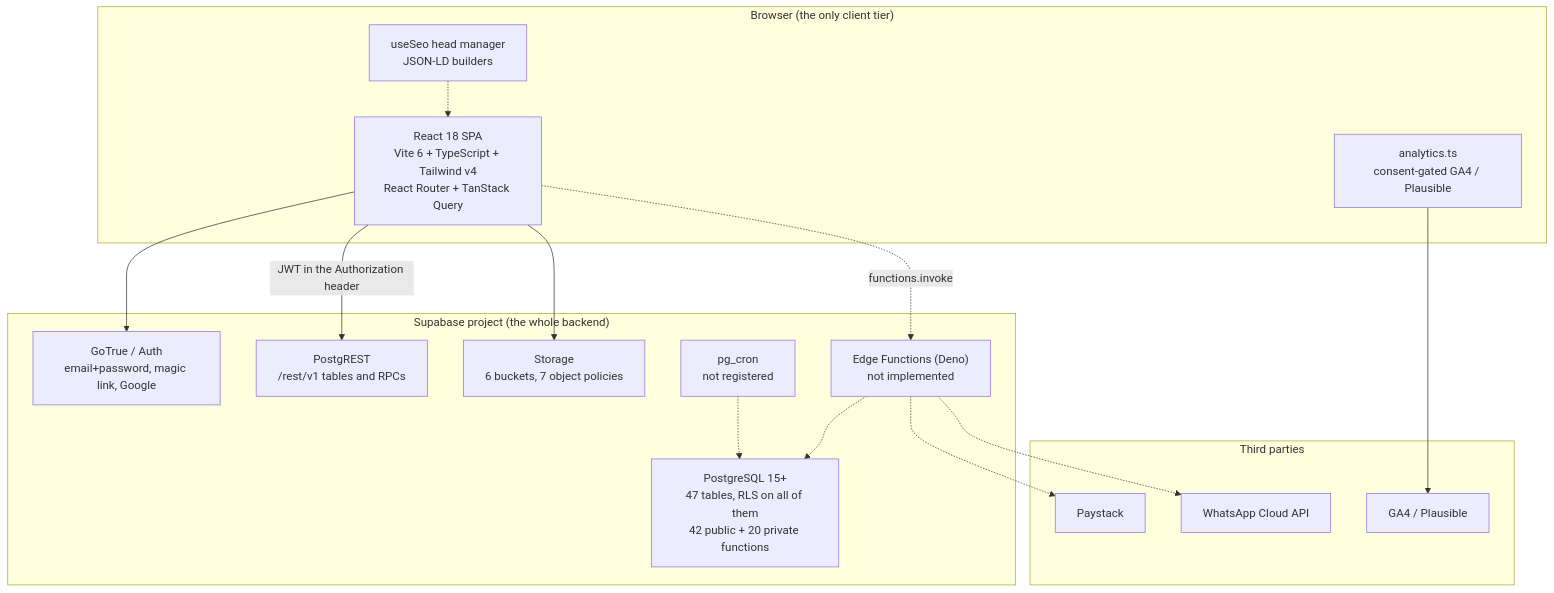
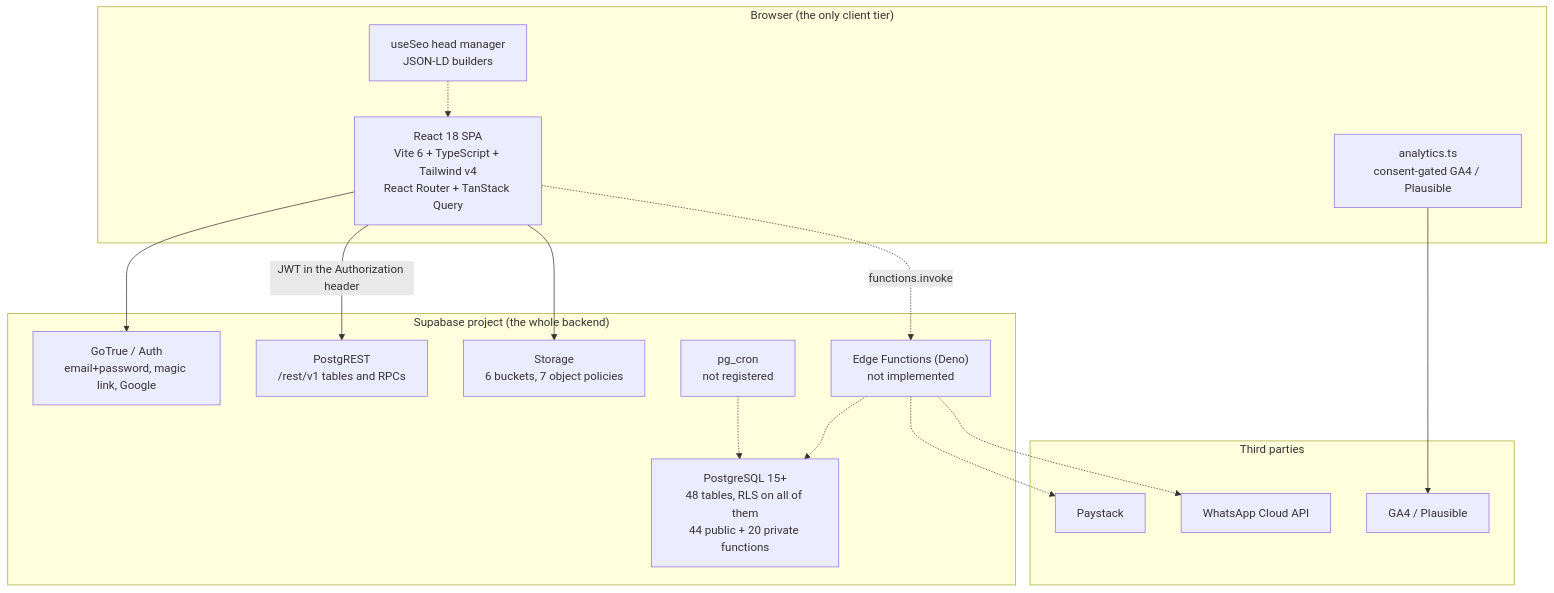
Before and after one commit to jahseed89/unisex: the second of 4 diagrams in docs/01-system-architecture.md, drawn with Mermaid. The commit also changed other lines of this file and 38 other files, not shown here.

````diff
--- a/docs/01-system-architecture.md
+++ b/docs/01-system-architecture.md
@@ -44,34 +44,34 @@
 ```mermaid
 flowchart TB
   subgraph Browser["Browser (the only client tier)"]
     SPA["React 18 SPA<br/>Vite 6 + TypeScript + Tailwind v4<br/>React Router + TanStack Query"]
     Head["useSeo head manager<br/>JSON-LD builders"]
     QA["analytics.ts<br/>consent-gated GA4 / Plausible"]
   end
 
   subgraph Supabase["Supabase project (the whole backend)"]
     Auth["GoTrue / Auth<br/>email+password, magic link, Google"]
     PostgREST["PostgREST<br/>/rest/v1 tables and RPCs"]
-    PG["PostgreSQL 15+<br/>47 tables, RLS on all of them<br/>42 public + 20 private functions"]
+    PG["PostgreSQL 15+<br/>48 tables, RLS on all of them<br/>44 public + 20 private functions"]
     Storage["Storage<br/>6 buckets, 7 object policies"]
     Edge["Edge Functions (Deno)<br/>not implemented"]
     Cron["pg_cron<br/>not registered"]
   end
 
   subgraph Third["Third parties"]
     PSP["Paystack"]
     WA["WhatsApp Cloud API"]
     GA["GA4 / Plausible"]
   end
 
   SPA -->|"JWT in the Authorization header"| PostgREST
   SPA --> Auth
   SPA --> Storage
   Head -.-> SPA
   QA --> GA
   SPA -.->|"functions.invoke"| Edge
   Edge -.-> PSP
   Edge -.-> WA
   Edge -.-> PG
   Cron -.-> PG
 ```
````
